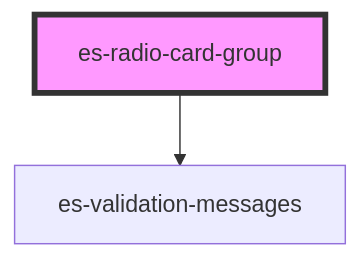
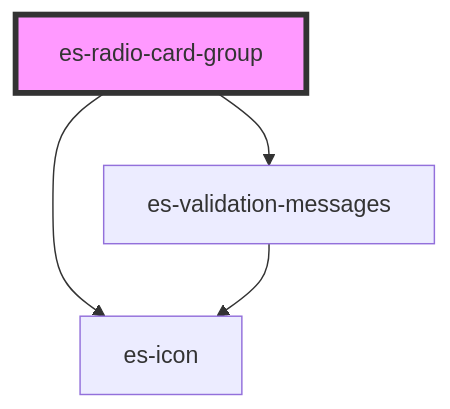
One commit to EventStore/Design-System changed the diagram in packages/fields/src/components/es-radio-card-group/readme.md. Above: the diagram before and after it, drawn with Mermaid. The commit also changed other lines of this file and 166 other files, not shown here.

````diff
--- a/packages/fields/src/components/es-radio-card-group/readme.md
+++ b/packages/fields/src/components/es-radio-card-group/readme.md
@@ -148,5 +150,7 @@
 ```mermaid
 graph TD;
+  es-radio-card-group --> es-icon
   es-radio-card-group --> es-validation-messages
+  es-validation-messages --> es-icon
   style es-radio-card-group fill:#f9f,stroke:#333,stroke-width:4px
 ```
````
